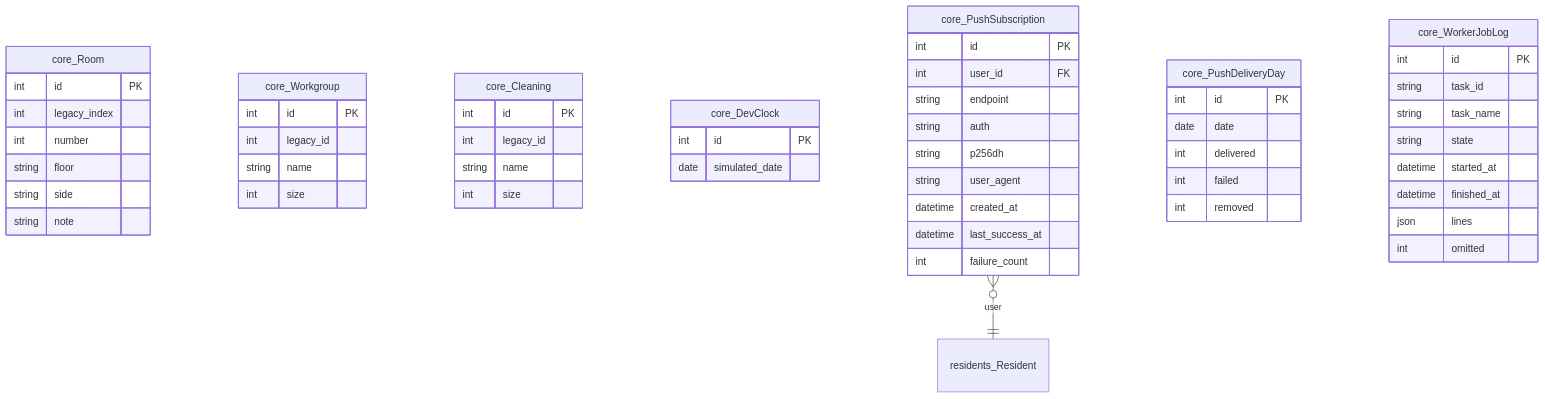
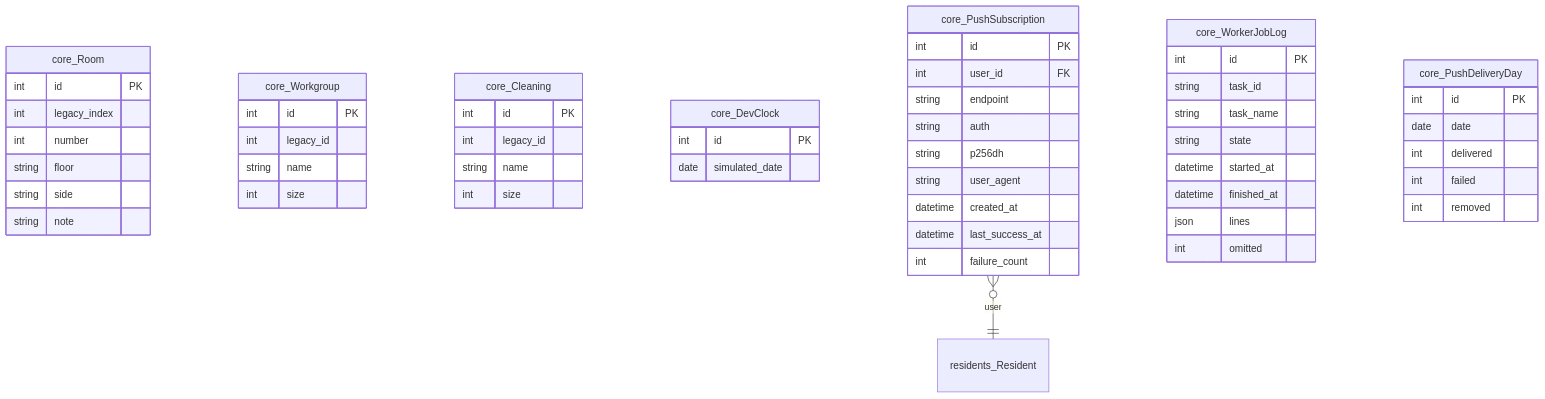
Before and after one commit to GAHK-org/gahk_intern: the sixth of 16 diagrams in docs/erd.md, drawn with Mermaid. The commit also changed other lines of this file, not shown here.

Commit message:
ERD: regenerate after the rebase onto improve-photoalbum

````diff
--- a/docs/erd.md
+++ b/docs/erd.md
@@ -963,65 +963,65 @@
 ```mermaid
 erDiagram
     core_Room {
         int id PK
         int legacy_index
         int number
         string floor
         string side
         string note
     }
 
     core_Workgroup {
         int id PK
         int legacy_id
         string name
         int size
     }
 
     core_Cleaning {
         int id PK
         int legacy_id
         string name
         int size
     }
 
     core_DevClock {
         int id PK
         date simulated_date
     }
 
     core_PushSubscription {
         int id PK
         int user_id FK
         string endpoint
         string auth
         string p256dh
         string user_agent
         datetime created_at
         datetime last_success_at
         int failure_count
     }
 
-    core_PushDeliveryDay {
-        int id PK
-        date date
-        int delivered
-        int failed
-        int removed
-    }
-
     core_WorkerJobLog {
         int id PK
         string task_id
         string task_name
         string state
         datetime started_at
         datetime finished_at
         json lines
         int omitted
     }
 
+    core_PushDeliveryDay {
+        int id PK
+        date date
+        int delivered
+        int failed
+        int removed
+    }
+
     residents_Resident { }
 
     core_PushSubscription }o--|| residents_Resident : "user"
 ```
````
